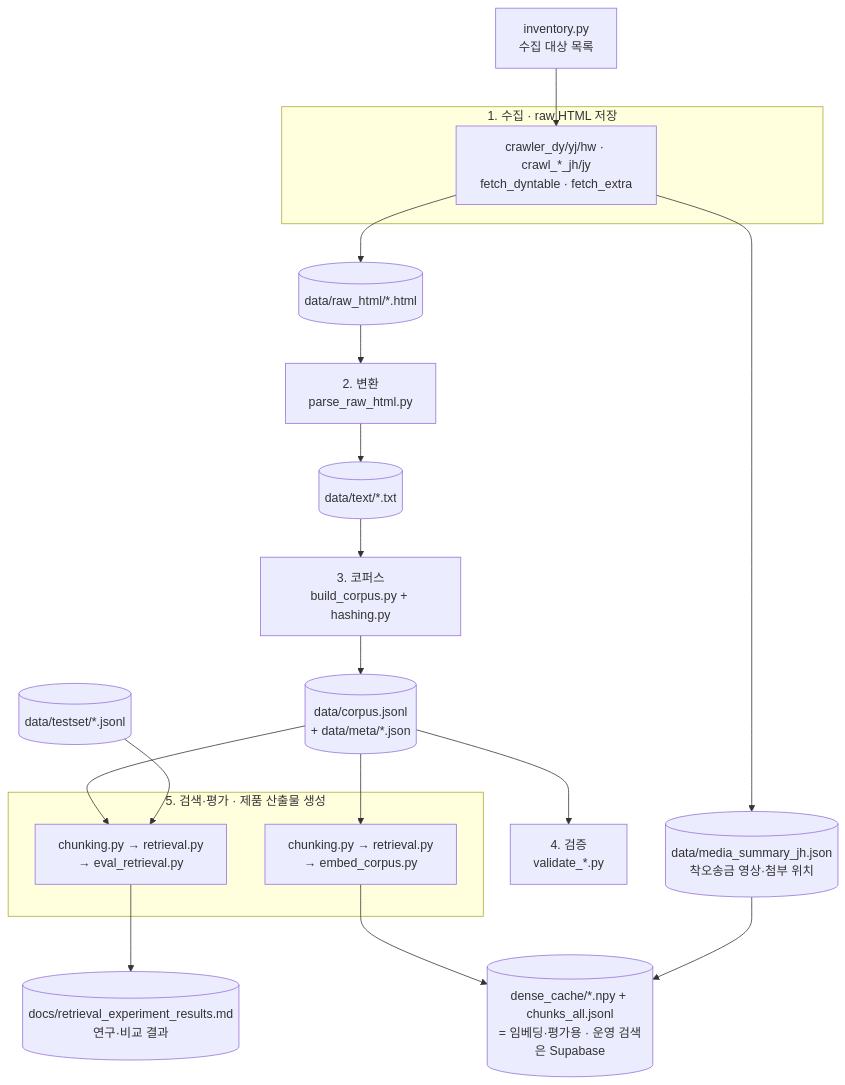
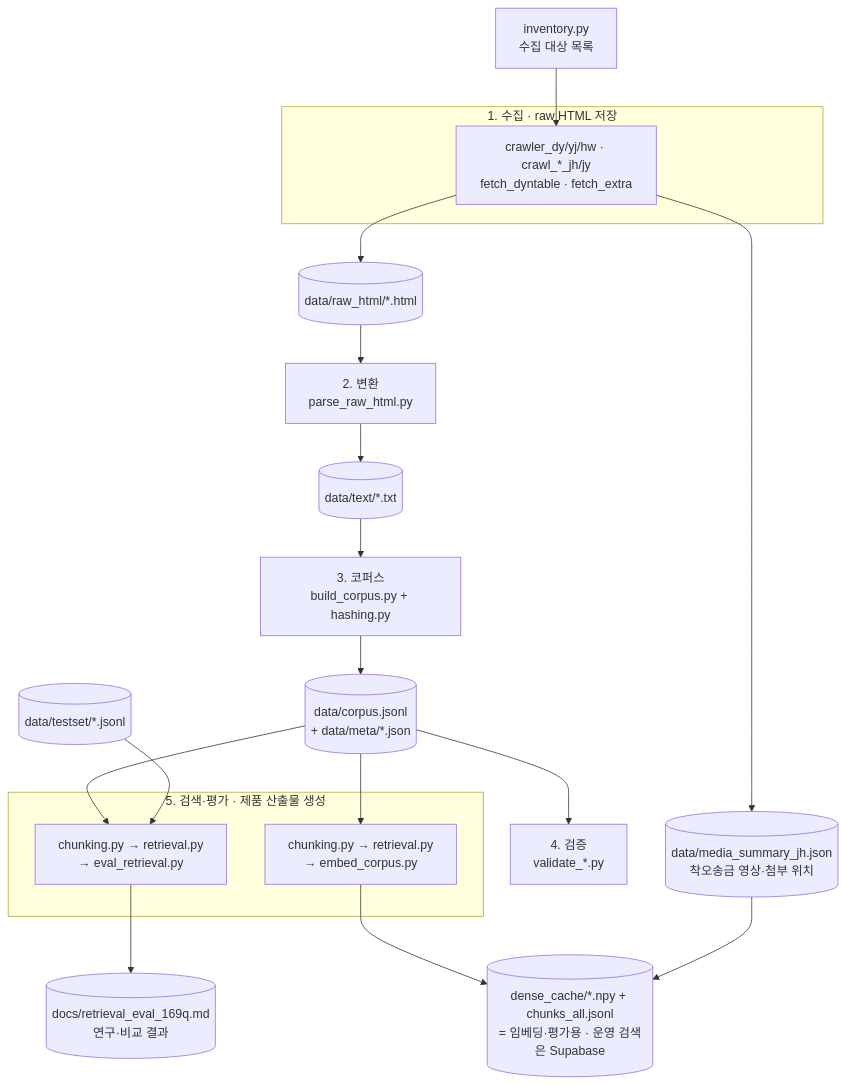
Before and after one commit to likelion-8/kdic-crawler: the diagram in docs/CODEBASE.md, drawn with Mermaid. The commit also changed other lines of this file and 17 other files, not shown here.

````diff
--- a/docs/CODEBASE.md
+++ b/docs/CODEBASE.md
@@ -12,24 +12,24 @@
 ```mermaid
 flowchart TD
     INV[inventory.py<br/>수집 대상 목록] --> CRAWL
     subgraph S1[1. 수집 · raw HTML 저장]
       CRAWL[crawler_dy/yj/hw · crawl_*_jh/jy<br/>fetch_dyntable · fetch_extra]
     end
     CRAWL --> RAW[(data/raw_html/*.html)]
     CRAWL --> MEDIA[(data/media_summary_jh.json<br/>착오송금 영상·첨부 위치)]
     RAW --> PARSE[2. 변환<br/>parse_raw_html.py]
     PARSE --> TXT[(data/text/*.txt)]
     TXT --> BUILD[3. 코퍼스<br/>build_corpus.py + hashing.py]
     BUILD --> CORP[(data/corpus.jsonl<br/>+ data/meta/*.json)]
     CORP --> VAL[4. 검증<br/>validate_*.py]
     CORP --> RET
     CORP --> EMB
     TESTSET[(data/testset/*.jsonl)] --> RET
     subgraph S5[5. 검색·평가 · 제품 산출물 생성]
       RET[chunking.py → retrieval.py<br/>→ eval_retrieval.py]
       EMB[chunking.py → retrieval.py<br/>→ embed_corpus.py]
     end
-    RET --> DOCS[(docs/retrieval_experiment_results.md<br/>연구·비교 결과)]
+    RET --> DOCS[(docs/retrieval_eval_169q.md<br/>연구·비교 결과)]
     EMB --> PROD[(dense_cache/*.npy + chunks_all.jsonl<br/>= 임베딩·평가용 · 운영 검색은 Supabase)]
     MEDIA --> PROD
 ```
````
